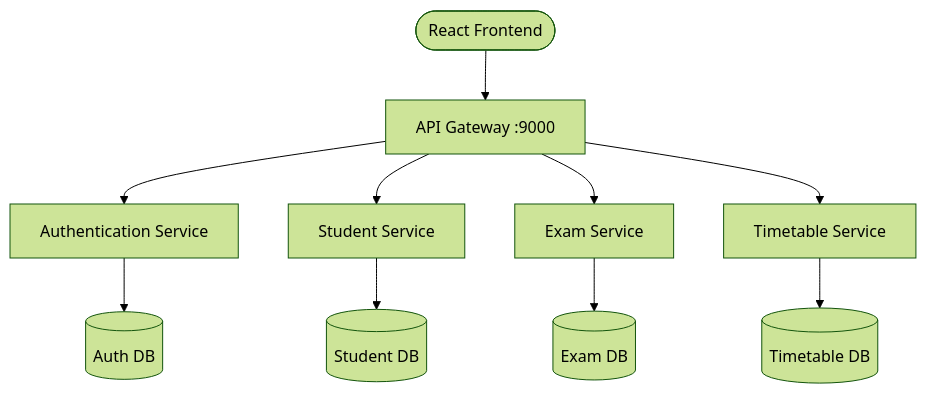
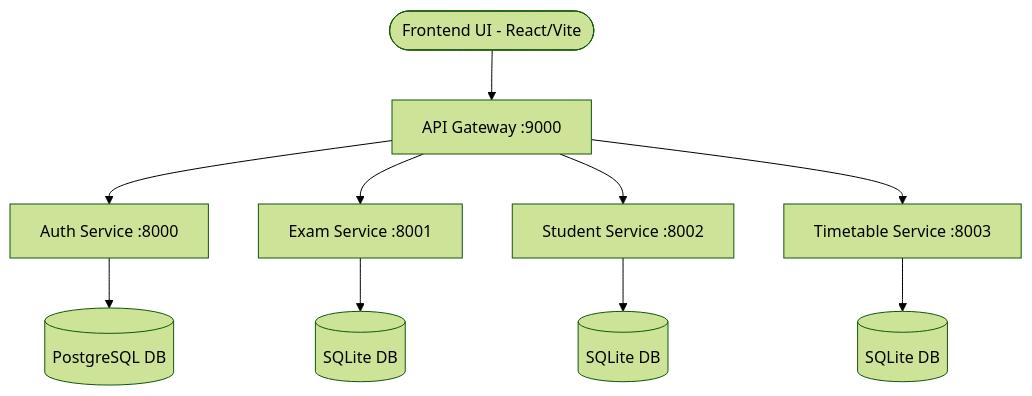
One commit to JahnviPriyam/schoolums changed the diagram in README.md. Above: the diagram before and after it, drawn with Mermaid (forest theme). The commit also changed other lines of this file and 6 other files, not shown here.

Commit message:
feat: Add Demo Access UI, Demo Users, and PostgreSQL configuration

````diff
--- a/README.md
+++ b/README.md
@@ -72,14 +42,14 @@
 ```mermaid
 graph TD
-    Client([React Frontend]) --> Gateway[API Gateway :9000]
-
-    Gateway --> Auth[Authentication Service]
-    Gateway --> Student[Student Service]
-    Gateway --> Exam[Exam Service]
-    Gateway --> Time[Timetable Service]
-
-    Auth --> DB1[(Auth DB)]
-    Student --> DB2[(Student DB)]
-    Exam --> DB3[(Exam DB)]
-    Time --> DB4[(Timetable DB)]
+    Client([Frontend UI - React/Vite]) --> Gateway[API Gateway :9000]
+    
+    Gateway --> Auth[Auth Service :8000]
+    Gateway --> Exam[Exam Service :8001]
+    Gateway --> Student[Student Service :8002]
+    Gateway --> Time[Timetable Service :8003]
+    
+    Auth --> DB1[(PostgreSQL DB)]
+    Exam --> DB2[(SQLite DB)]
+    Student --> DB3[(SQLite DB)]
+    Time --> DB4[(SQLite DB)]
 ```
````
